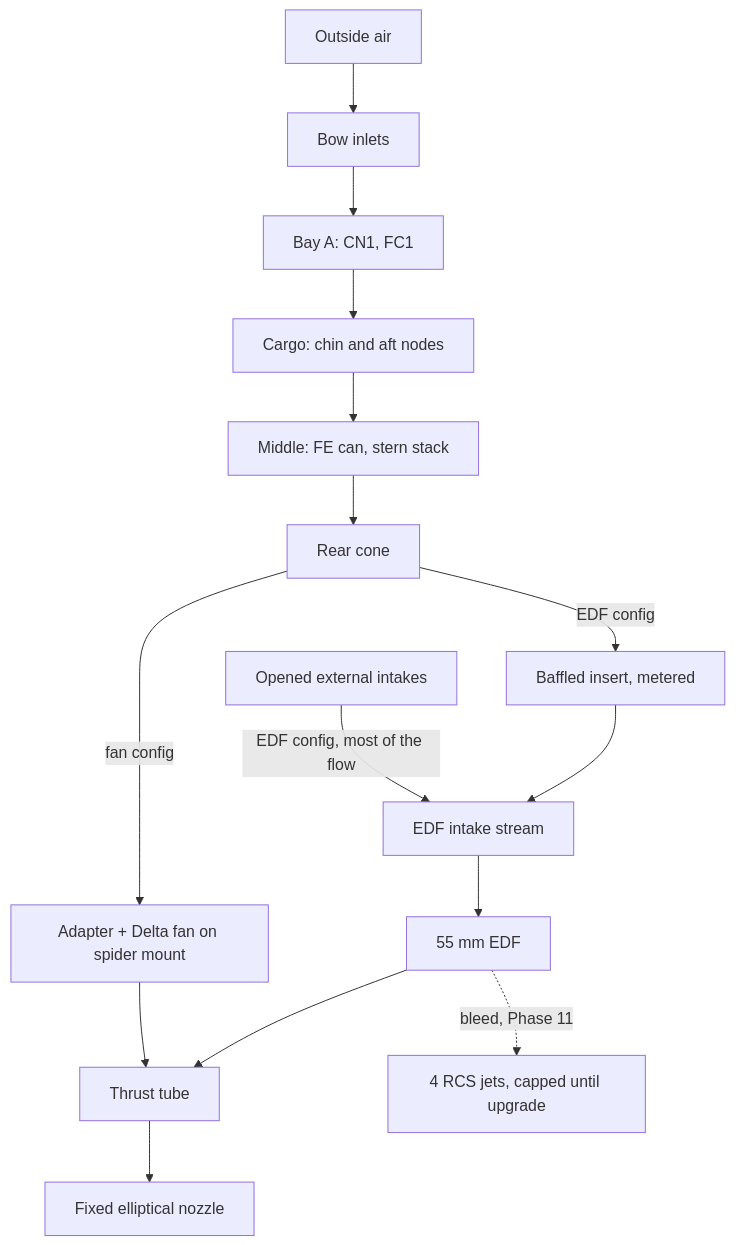
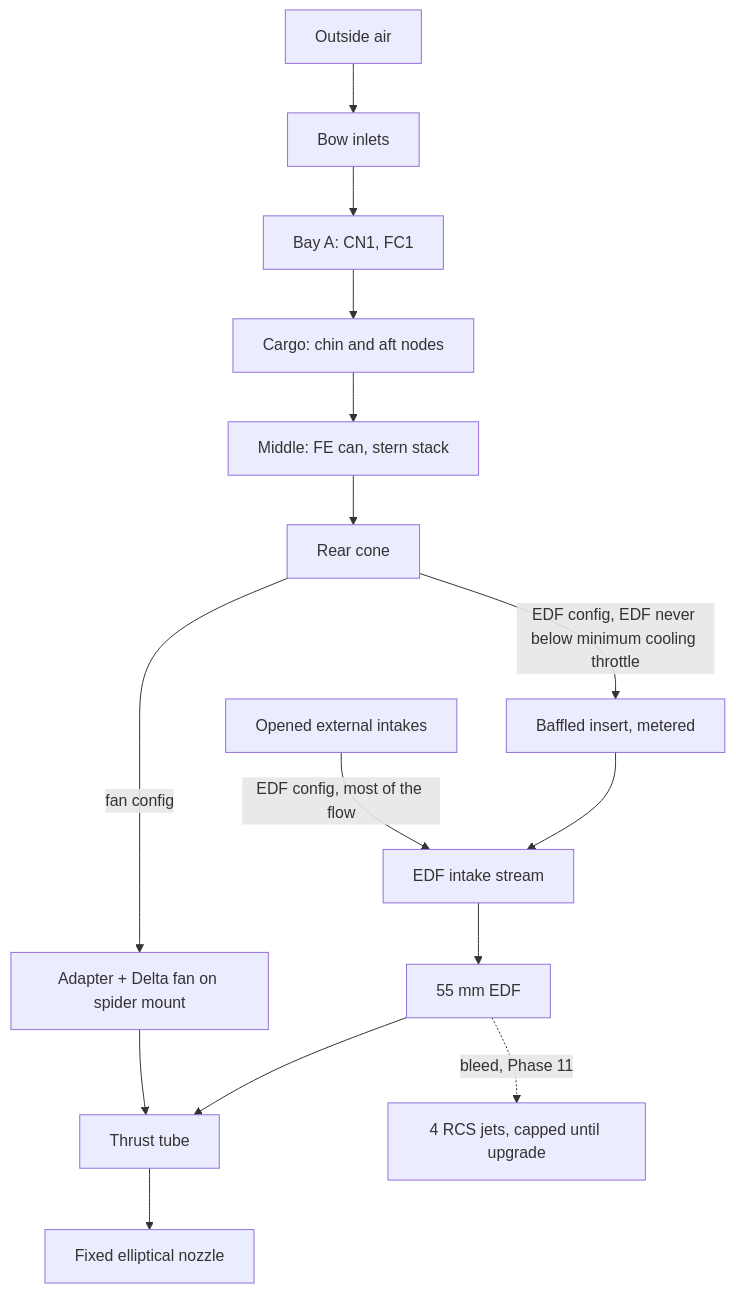
One commit to Stab-Rabbit-coding/Serenity-UAV changed the first of 3 diagrams in docs/plans/2026-11-15-001-feat-fuselage-cooling-plan.md. Above: the diagram before and after it, drawn with Mermaid. The commit also changed other lines of this file, not shown here.

First line of the commit message:
docs(plans): owner decisions on EDF hover cooling and CFD meshing (#290)

````diff
--- a/docs/plans/2026-11-15-001-feat-fuselage-cooling-plan.md
+++ b/docs/plans/2026-11-15-001-feat-fuselage-cooling-plan.md
@@ -160,17 +168,17 @@
 ```mermaid
 flowchart TB
   OUT[Outside air] --> BOW[Bow inlets]
   BOW --> BAYA[Bay A: CN1, FC1]
   BAYA --> CARGO[Cargo: chin and aft nodes]
   CARGO --> MID[Middle: FE can, stern stack]
   MID --> REAR[Rear cone]
   REAR -->|fan config| ADP[Adapter + Delta fan on spider mount]
   ADP --> TUBE[Thrust tube]
-  REAR -->|EDF config| BAF[Baffled insert, metered]
+  REAR -->|EDF config, EDF never below minimum cooling throttle| BAF[Baffled insert, metered]
   EXT[Opened external intakes] -->|EDF config, most of the flow| PLEN[EDF intake stream]
   BAF --> PLEN
   PLEN --> EDF[55 mm EDF]
   EDF --> TUBE
   EDF -.->|bleed, Phase 11| RCS[4 RCS jets, capped until upgrade]
   TUBE --> NOZ[Fixed elliptical nozzle]
 ```
````
